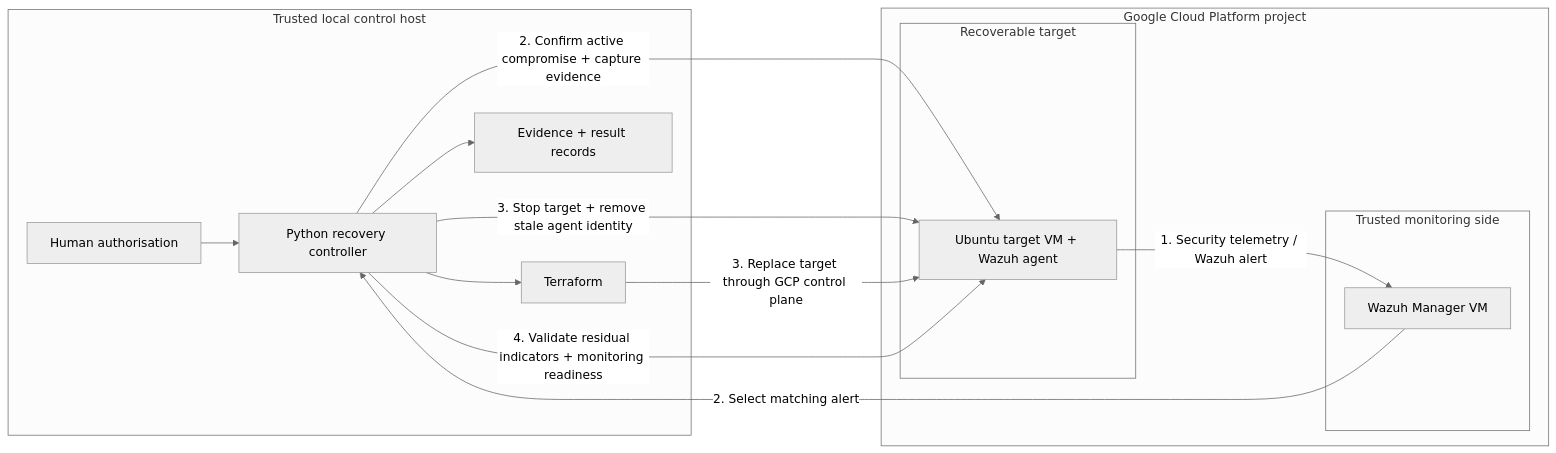
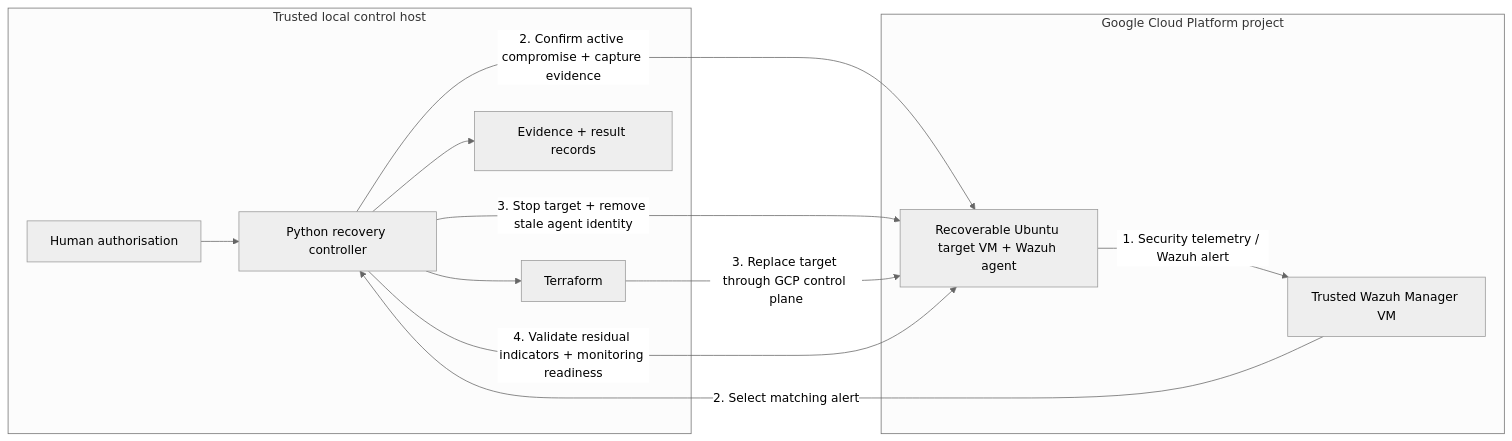
One commit to NAYMLESS008/iac-self-healing-thesis changed the diagram in README.md. Above: the diagram before and after it, drawn with Mermaid (neutral theme). The commit also changed other lines of this file, not shown here.

````diff
--- a/README.md
+++ b/README.md
@@ -41,28 +23,24 @@
 ```mermaid
 flowchart LR
     subgraph LOCAL[Trusted local control host]
       H[Human authorisation]
       C[Python recovery controller]
       T[Terraform]
       R[Evidence + result records]
     end
 
     subgraph GCP[Google Cloud Platform project]
-      subgraph MON[Trusted monitoring side]
-        W[Wazuh Manager VM]
-      end
-      subgraph TARGET[Recoverable target]
-        V[Ubuntu target VM + Wazuh agent]
-      end
+      W[Trusted Wazuh Manager VM]
+      V[Recoverable Ubuntu target VM + Wazuh agent]
     end
 
     V -->|1. Security telemetry / Wazuh alert| W
     H --> C
     W -->|2. Select matching alert| C
     C -->|2. Confirm active compromise + capture evidence| V
     C -->|3. Stop target + remove stale agent identity| V
     C --> T
     T -->|3. Replace target through GCP control plane| V
     C -->|4. Validate residual indicators + monitoring readiness| V
     C --> R
 ```
````
